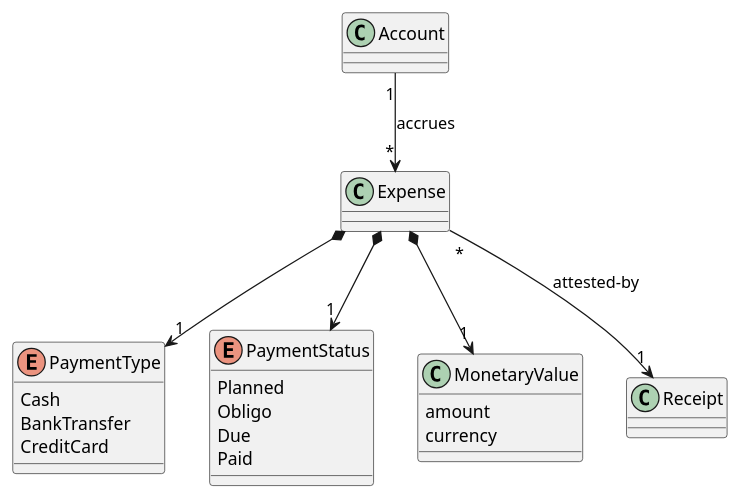
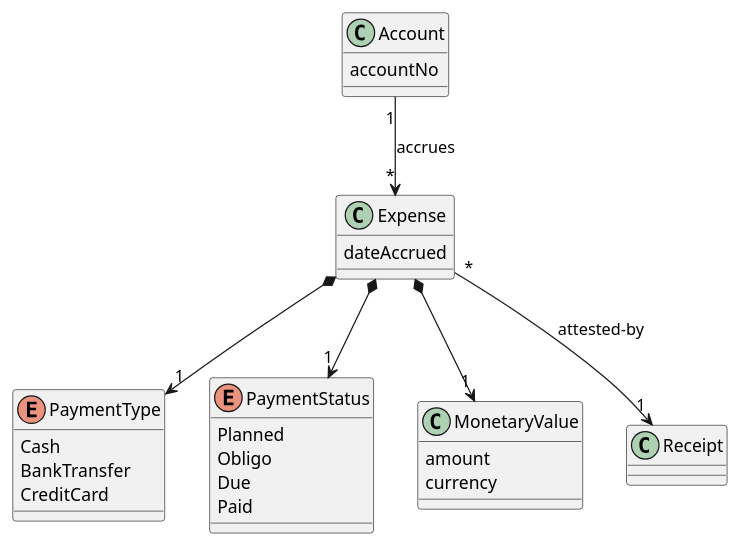
One commit to onouv/expenses changed the diagram in doc/model/expenses.class.puml. Above: the diagram before and after it, drawn with PlantUML. The commit also changed 1 other file, not shown here.

```diff
--- a/doc/model/expenses.class.puml
+++ b/doc/model/expenses.class.puml
@@ -1,31 +1,35 @@
 @startuml
 enum PaymentType {
     Cash
     BankTransfer
     CreditCard
 }
 
 enum PaymentStatus {
     Planned
     Obligo
     Due
     Paid
 }
 
 class MonetaryValue {
     amount
     currency
 }
 
-class Expense
+class Expense {
+    dateAccrued
+}
 
-class Account
+class Account {
+    accountNo
+}
 
 class Receipt
 
 Account "1" --> "*" Expense : accrues
 Expense "*"--> "1" Receipt: attested-by
 Expense *--> "1" PaymentType
 Expense *--> "1" MonetaryValue
 Expense *--> "1" PaymentStatus
 @enduml
```
